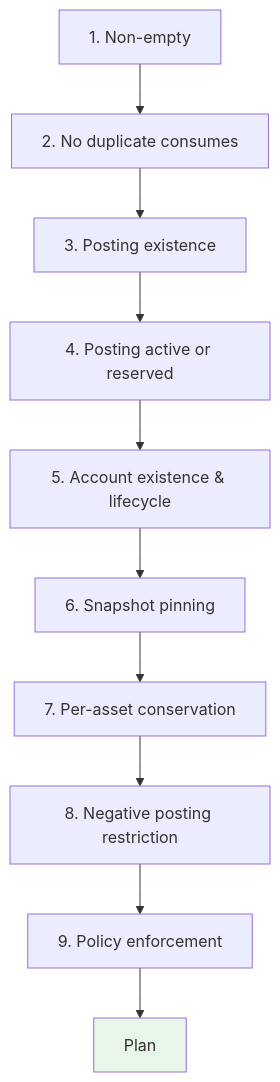
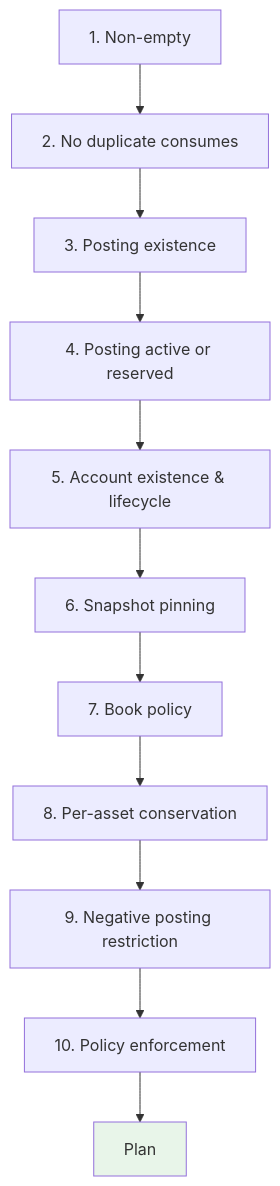
The first of 5 diagrams in doc/crates.md (crodas/kuatia), drawn with Mermaid before and after one commit. The commit also changed other lines of this file and 30 other files, not shown here.

````diff
--- a/doc/crates.md
+++ b/doc/crates.md
@@ -45,13 +46,14 @@
 ```mermaid
 graph TD
     A[1. Non-empty] --> B[2. No duplicate consumes]
     B --> C[3. Posting existence]
     C --> D[4. Posting active or reserved]
     D --> E[5. Account existence & lifecycle]
     E --> F[6. Snapshot pinning]
-    F --> G[7. Per-asset conservation]
-    G --> H[8. Negative posting restriction]
-    H --> J[9. Policy enforcement]
+    F --> BP[7. Book policy]
+    BP --> G[8. Per-asset conservation]
+    G --> H[9. Negative posting restriction]
+    H --> J[10. Policy enforcement]
     J --> I[Plan]
     style I fill:#e8f5e9
 ```
````
